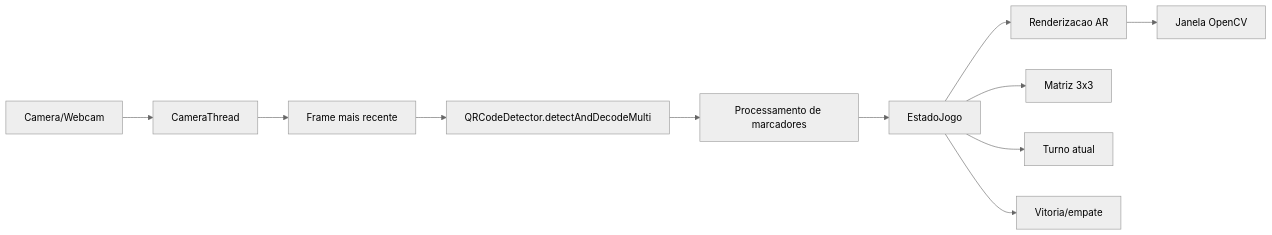
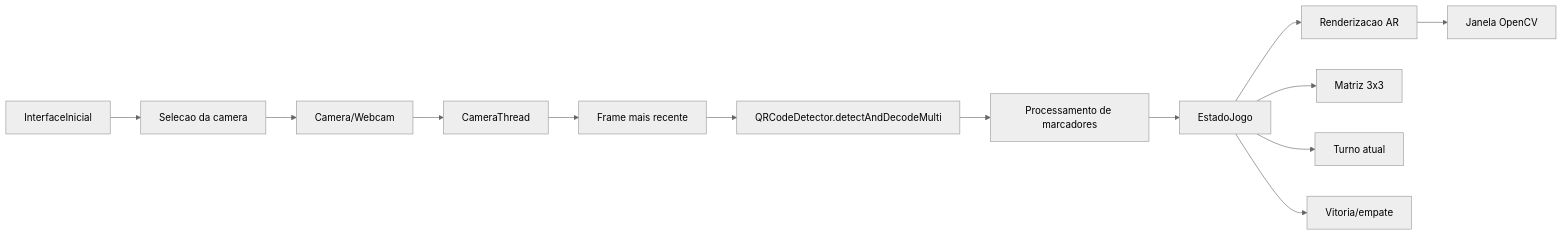
Before and after one commit to GabrielBarbosa0/Jogo-Da-Velha-AR: the first of 2 diagrams in docs/TDD.md, drawn with Mermaid (neutral theme). The commit also changed other lines of this file and 5 other files, not shown here.

First line of the commit message:
feat(interface): adicionar tela inicial e seleção de câmera

````diff
--- a/docs/TDD.md
+++ b/docs/TDD.md
@@ -60,14 +62,16 @@
 ```mermaid
 flowchart LR
-    A["Camera/Webcam"] --> B["CameraThread"]
-    B --> C["Frame mais recente"]
-    C --> D["QRCodeDetector.detectAndDecodeMulti"]
-    D --> E["Processamento de marcadores"]
-    E --> F["EstadoJogo"]
-    F --> G["Renderizacao AR"]
-    G --> H["Janela OpenCV"]
+    A["InterfaceInicial"] --> B["Selecao da camera"]
+    B --> C["Camera/Webcam"]
+    C --> D["CameraThread"]
+    D --> E["Frame mais recente"]
+    E --> F["QRCodeDetector.detectAndDecodeMulti"]
+    F --> G["Processamento de marcadores"]
+    G --> H["EstadoJogo"]
+    H --> I["Renderizacao AR"]
+    I --> J["Janela OpenCV"]
 
-    F --> I["Matriz 3x3"]
-    F --> J["Turno atual"]
-    F --> K["Vitoria/empate"]
+    H --> K["Matriz 3x3"]
+    H --> L["Turno atual"]
+    H --> M["Vitoria/empate"]
 ```
````
